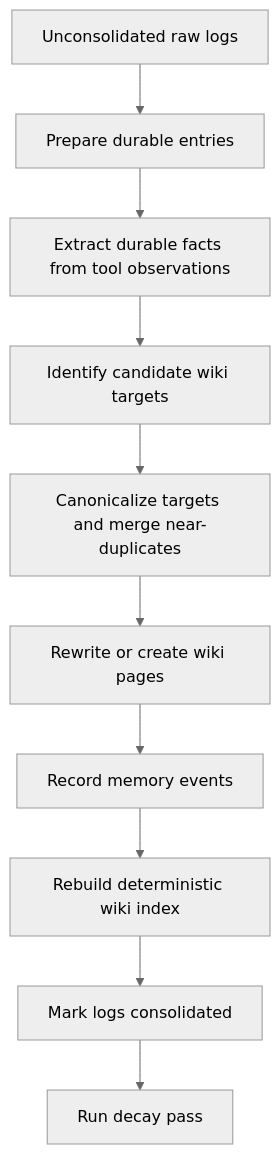
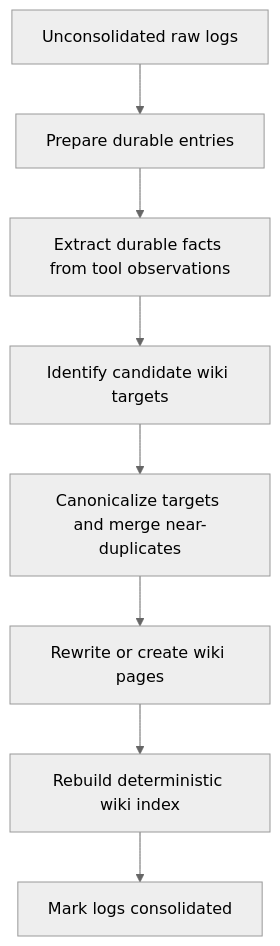
The diagram in README.md (nsadras/mycelium), drawn with Mermaid (neutral theme) before and after one commit. The commit also changed other lines of this file and 29 other files, not shown here.

````diff
--- a/README.md
+++ b/README.md
@@ -431,12 +426,10 @@
 ```mermaid
 flowchart TD
     A[Unconsolidated raw logs] --> B[Prepare durable entries]
     B --> C[Extract durable facts from tool observations]
     C --> D[Identify candidate wiki targets]
     D --> E[Canonicalize targets and merge near-duplicates]
     E --> F[Rewrite or create wiki pages]
-    F --> G[Record memory events]
-    G --> H[Rebuild deterministic wiki index]
-    H --> I[Mark logs consolidated]
-    I --> J[Run decay pass]
+    F --> G[Rebuild deterministic wiki index]
+    G --> H[Mark logs consolidated]
 ```
````
